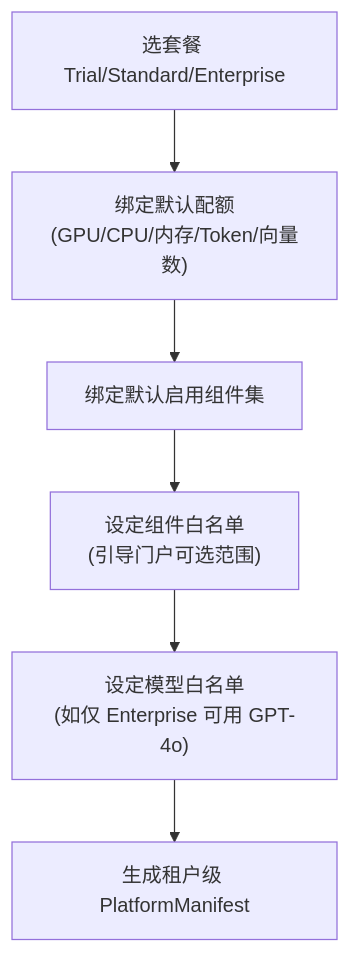
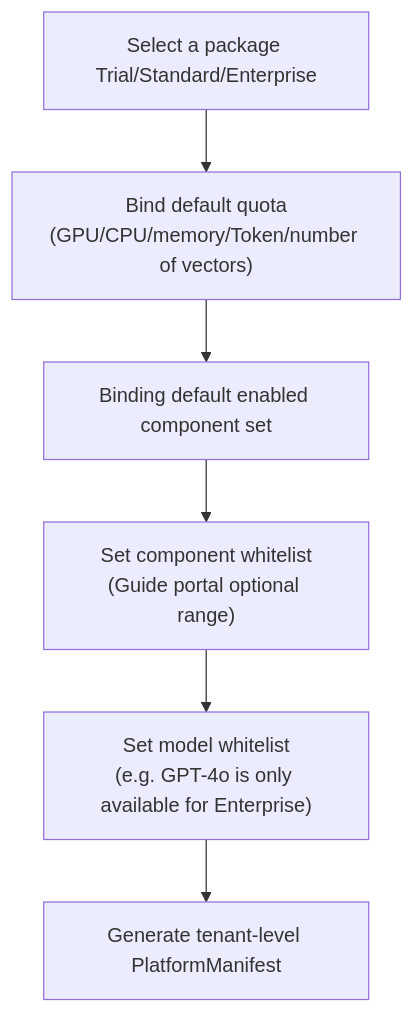
Before and after one commit to open-strata-ai/ai-admin-frontend: the third of 3 diagrams in design/DESIGN.md, drawn with Mermaid. The commit also changed other lines of this file and 10 other files, not shown here.

````diff
--- a/design/DESIGN.md
+++ b/design/DESIGN.md
@@ -114,8 +114,8 @@
 ```mermaid
 flowchart TD
-    A["选套餐 Trial/Standard/Enterprise"] --> B["绑定默认配额<br/>(GPU/CPU/内存/Token/向量数)"]
-    B --> C["绑定默认启用组件集"]
-    C --> D["设定组件白名单<br/>(引导门户可选范围)"]
-    D --> E["设定模型白名单<br/>(如仅 Enterprise 可用 GPT-4o)"]
-    E --> F["生成租户级 PlatformManifest"]
+    A["Select a package Trial/Standard/Enterprise"] --> B["Bind default quota<br/>(GPU/CPU/memory/Token/number of vectors)"]
+    B --> C["Binding default enabled component set"]
+    C --> D["Set component whitelist<br/>(Guide portal optional range)"]
+    D --> E["Set model whitelist<br/>(e.g. GPT-4o is only available for Enterprise)"]
+    E --> F["Generate tenant-level PlatformManifest"]
 ```
````
